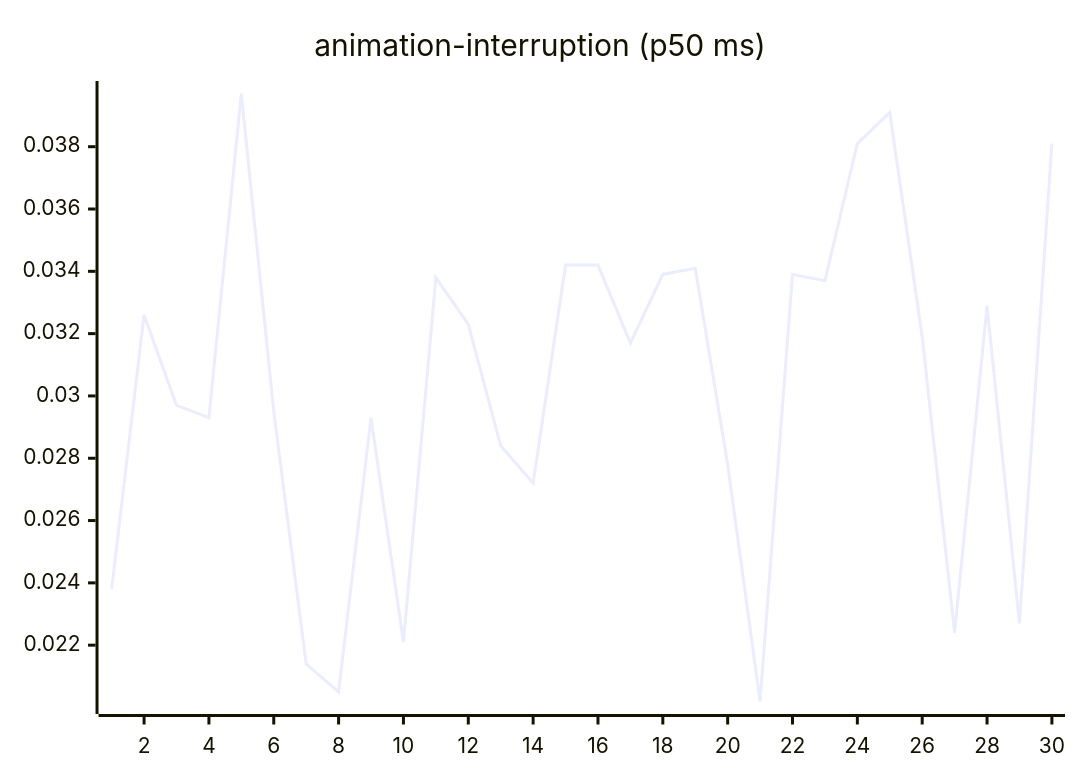
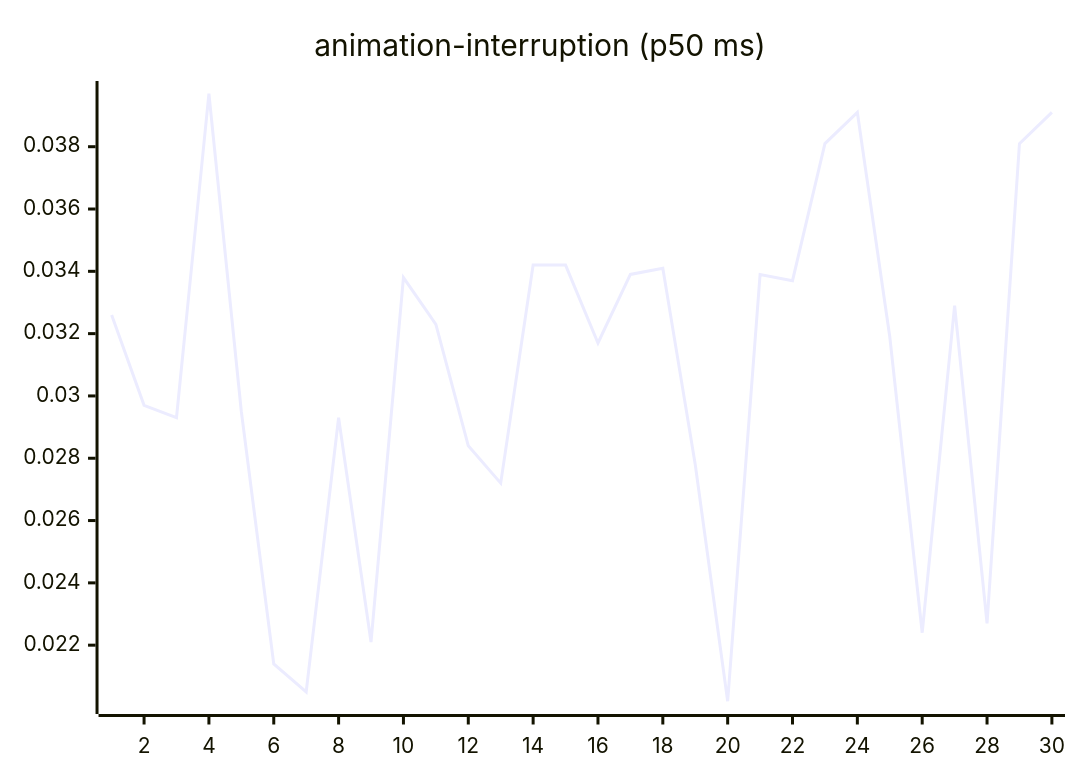
The third of 27 diagrams in README.md (josha/Facet), drawn with Mermaid before and after one commit. The commit also changed other lines of this file and 2 other files, not shown here.

````diff
--- a/README.md
+++ b/README.md
@@ -77,6 +77,6 @@
 ```mermaid
 xychart-beta
     title "animation-interruption (p50 ms)"
     x-axis 1 --> 30
-    line [0.0238, 0.0326, 0.0297, 0.0293, 0.0397, 0.0295, 0.0214, 0.0205, 0.0293, 0.0221, 0.0338, 0.0323, 0.0284, 0.0272, 0.0342, 0.0342, 0.0317, 0.0339, 0.0341, 0.0278, 0.0202, 0.0339, 0.0337, 0.0381, 0.0391, 0.0319, 0.0224, 0.0329, 0.0227, 0.0381]
+    line [0.0326, 0.0297, 0.0293, 0.0397, 0.0295, 0.0214, 0.0205, 0.0293, 0.0221, 0.0338, 0.0323, 0.0284, 0.0272, 0.0342, 0.0342, 0.0317, 0.0339, 0.0341, 0.0278, 0.0202, 0.0339, 0.0337, 0.0381, 0.0391, 0.0319, 0.0224, 0.0329, 0.0227, 0.0381, 0.0391]
 ```
````
